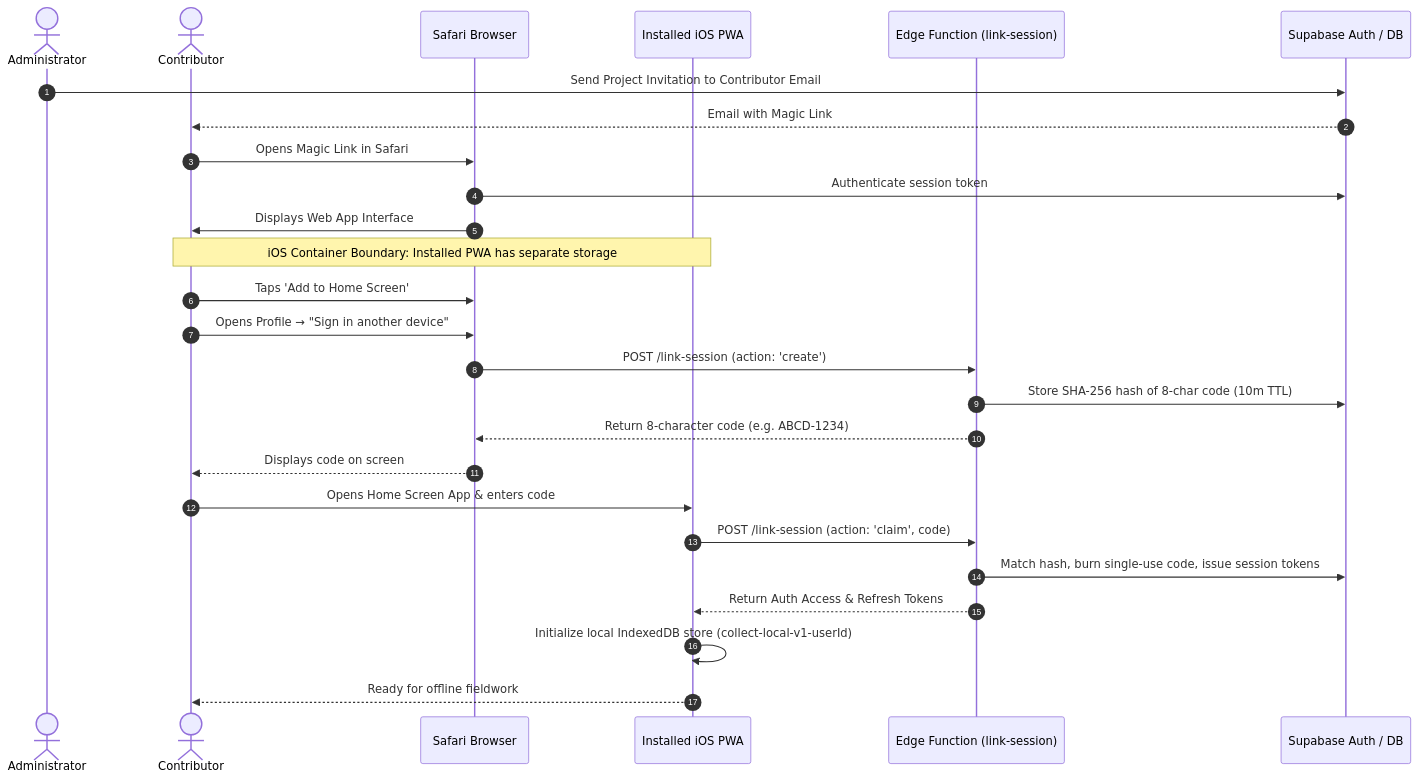
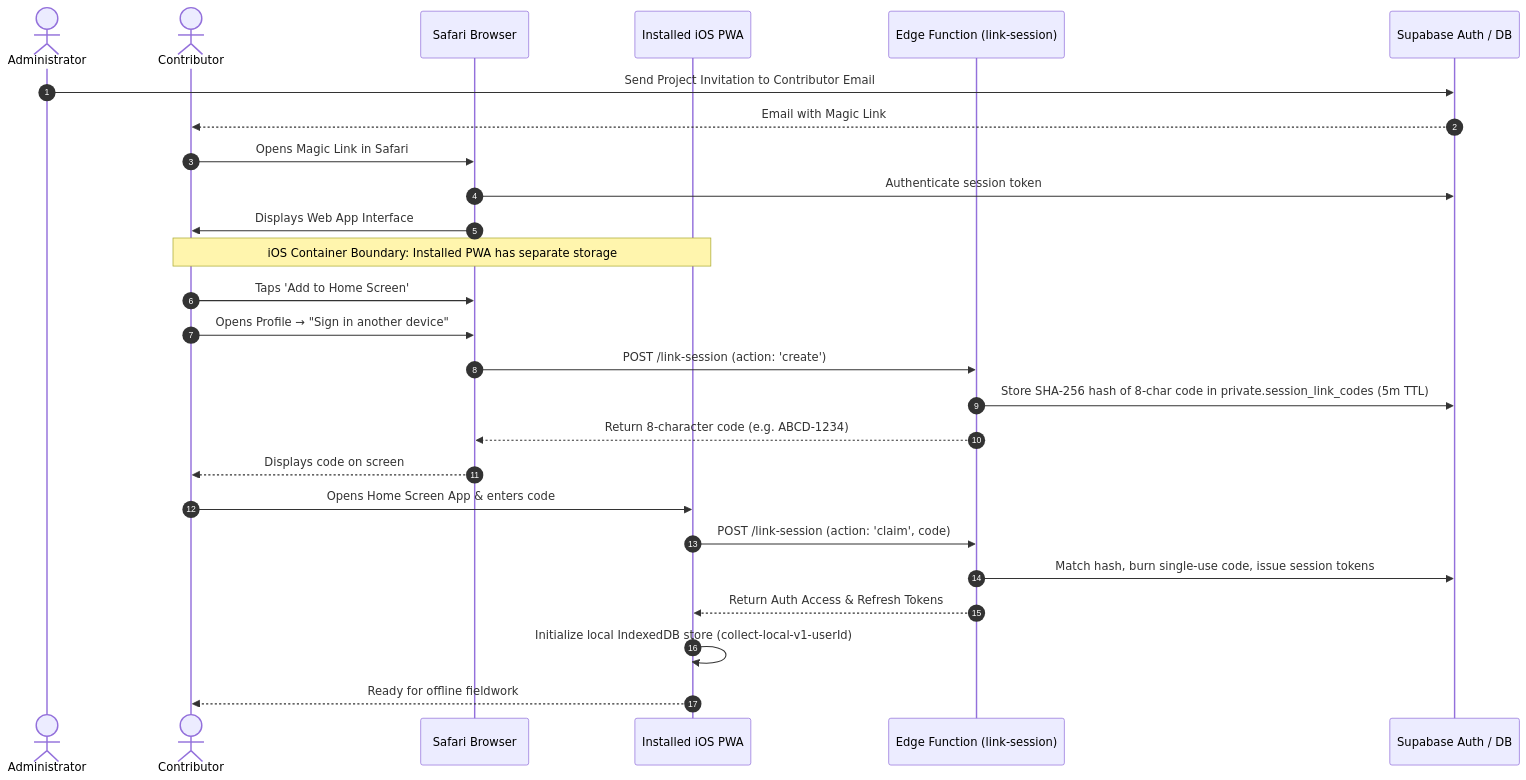
One commit to gbrlpzz/collect changed the third of 4 diagrams in docs/flows.md. Above: the diagram before and after it, drawn with Mermaid. The commit also changed 6 other files, not shown here.

First line of the commit message:
docs: standardize terminology, add accessibility tags, and enhance diagrams

````diff
--- a/docs/flows.md
+++ b/docs/flows.md
@@ -171,31 +171,33 @@
 ```mermaid
 sequenceDiagram
+  accTitle: iOS Container Cross-Authentication Bridge
+  accDescr: Sequence diagram illustrating how a signed-in browser session generates a single-use 8-character device-link code to authenticate an isolated iOS PWA container.
   autonumber
   actor Admin as Administrator
   actor Contributor as Contributor
   participant Safari as Safari Browser
   participant PWA as Installed iOS PWA
   participant Edge as Edge Function (link-session)
   participant Auth as Supabase Auth / DB
 
   Admin->>Auth: Send Project Invitation to Contributor Email
   Auth-->>Contributor: Email with Magic Link
   Contributor->>Safari: Opens Magic Link in Safari
   Safari->>Auth: Authenticate session token
   Safari->>Contributor: Displays Web App Interface
 
   Note over Contributor,PWA: iOS Container Boundary: Installed PWA has separate storage
   Contributor->>Safari: Taps 'Add to Home Screen'
   Contributor->>Safari: Opens Profile → "Sign in another device"
   Safari->>Edge: POST /link-session (action: 'create')
-  Edge->>Auth: Store SHA-256 hash of 8-char code (10m TTL)
+  Edge->>Auth: Store SHA-256 hash of 8-char code in private.session_link_codes (5m TTL)
   Edge-->>Safari: Return 8-character code (e.g. ABCD-1234)
   Safari-->>Contributor: Displays code on screen
 
   Contributor->>PWA: Opens Home Screen App & enters code
   PWA->>Edge: POST /link-session (action: 'claim', code)
   Edge->>Auth: Match hash, burn single-use code, issue session tokens
   Edge-->>PWA: Return Auth Access & Refresh Tokens
   PWA->>PWA: Initialize local IndexedDB store (collect-local-v1-userId)
   PWA-->>Contributor: Ready for offline fieldwork
 ```
````
